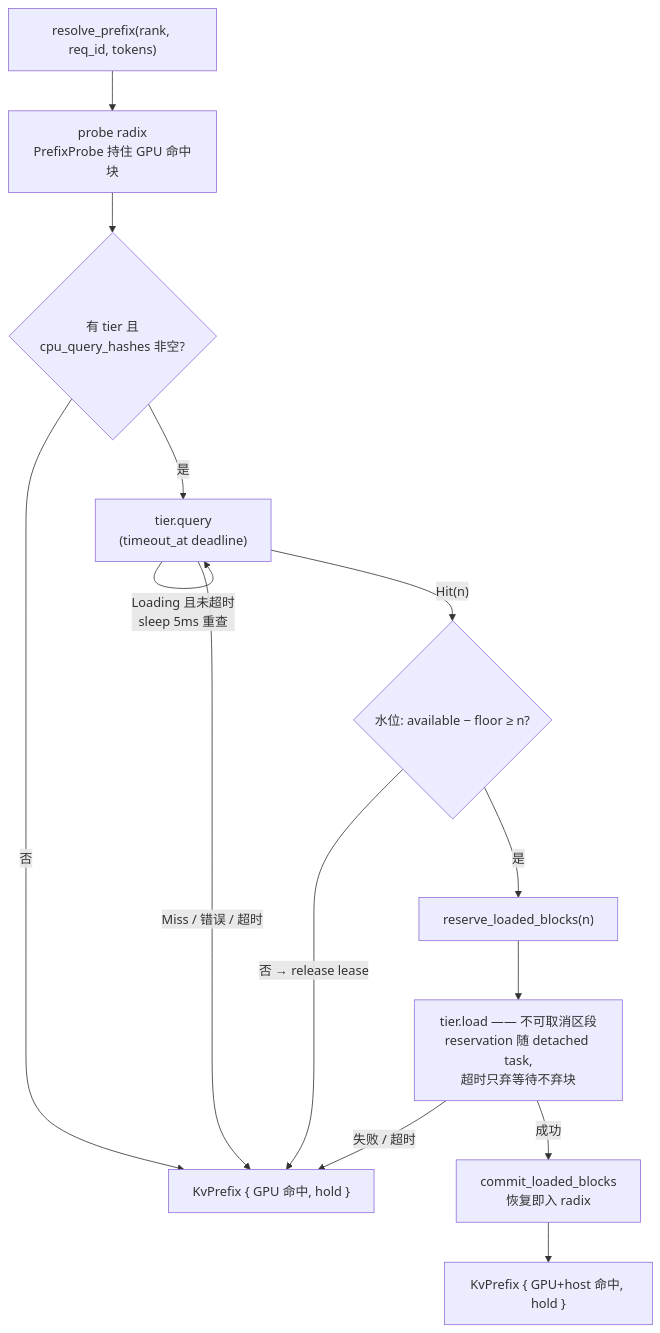
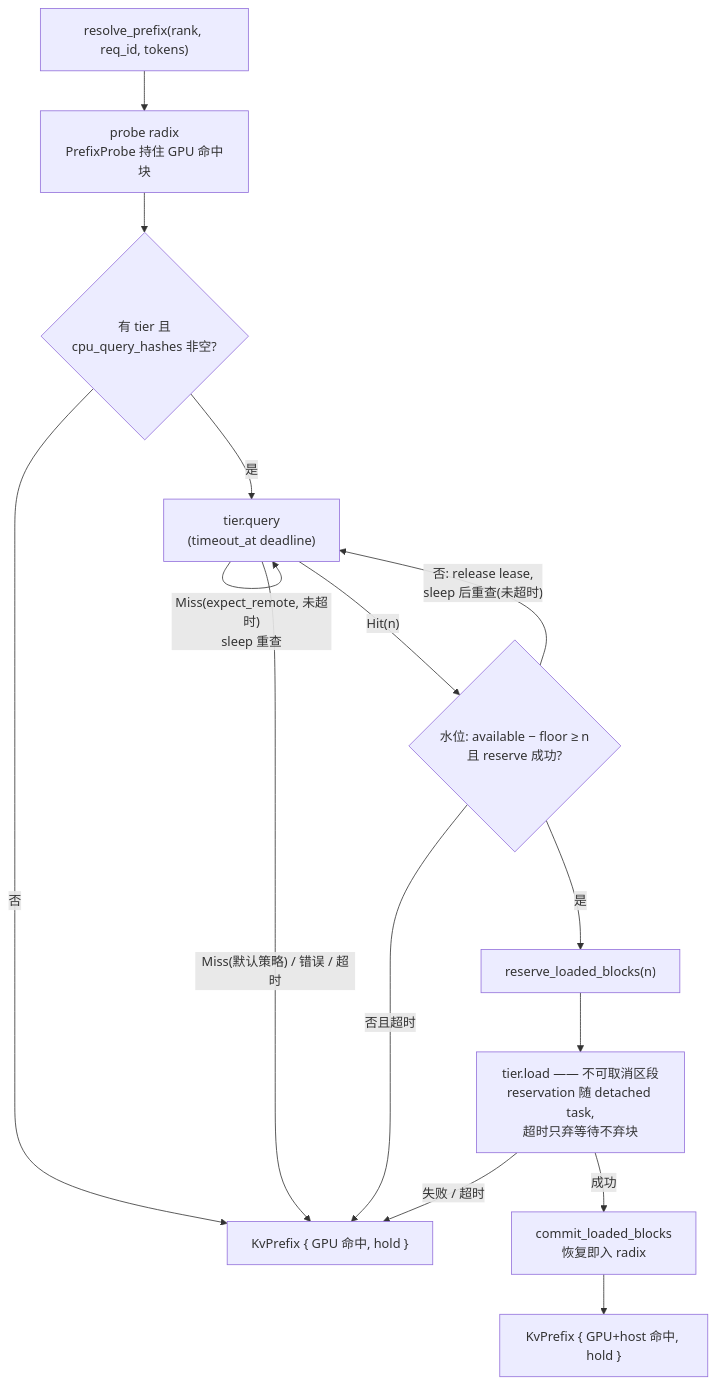
The diagram in docs/subsystems/kv-cache/design.md (openinfer-project/openinfer), drawn with Mermaid before and after one commit. The commit also changed other lines of this file and 6 other files, not shown here.

````diff
--- a/docs/subsystems/kv-cache/design.md
+++ b/docs/subsystems/kv-cache/design.md
@@ -162,16 +164,18 @@
 ```mermaid
 flowchart TD
     A["resolve_prefix(rank, req_id, tokens)"] --> B["probe radix\nPrefixProbe 持住 GPU 命中块"]
     B --> C{"有 tier 且\ncpu_query_hashes 非空?"}
     C -- 否 --> T["KvPrefix { GPU 命中, hold }"]
     C -- 是 --> Q["tier.query\n(timeout_at deadline)"]
     Q -- "Loading 且未超时\nsleep 5ms 重查" --> Q
-    Q -- "Miss / 错误 / 超时" --> T
-    Q -- "Hit(n)" --> F{"水位: available − floor ≥ n?"}
-    F -- "否 → release lease" --> T
+    Q -- "Miss(默认策略) / 错误 / 超时" --> T
+    Q -- "Miss(expect_remote, 未超时)\nsleep 重查" --> Q
+    Q -- "Hit(n)" --> F{"水位: available − floor ≥ n\n且 reserve 成功?"}
+    F -- "否: release lease,\nsleep 后重查(未超时)" --> Q
+    F -- "否且超时" --> T
     F -- 是 --> R["reserve_loaded_blocks(n)"]
     R --> L["tier.load —— 不可取消区段\nreservation 随 detached task,\n超时只弃等待不弃块"]
     L -- "失败 / 超时" --> T
     L -- 成功 --> M["commit_loaded_blocks\n恢复即入 radix"]
     M --> U["KvPrefix { GPU+host 命中, hold }"]
 ```
````
